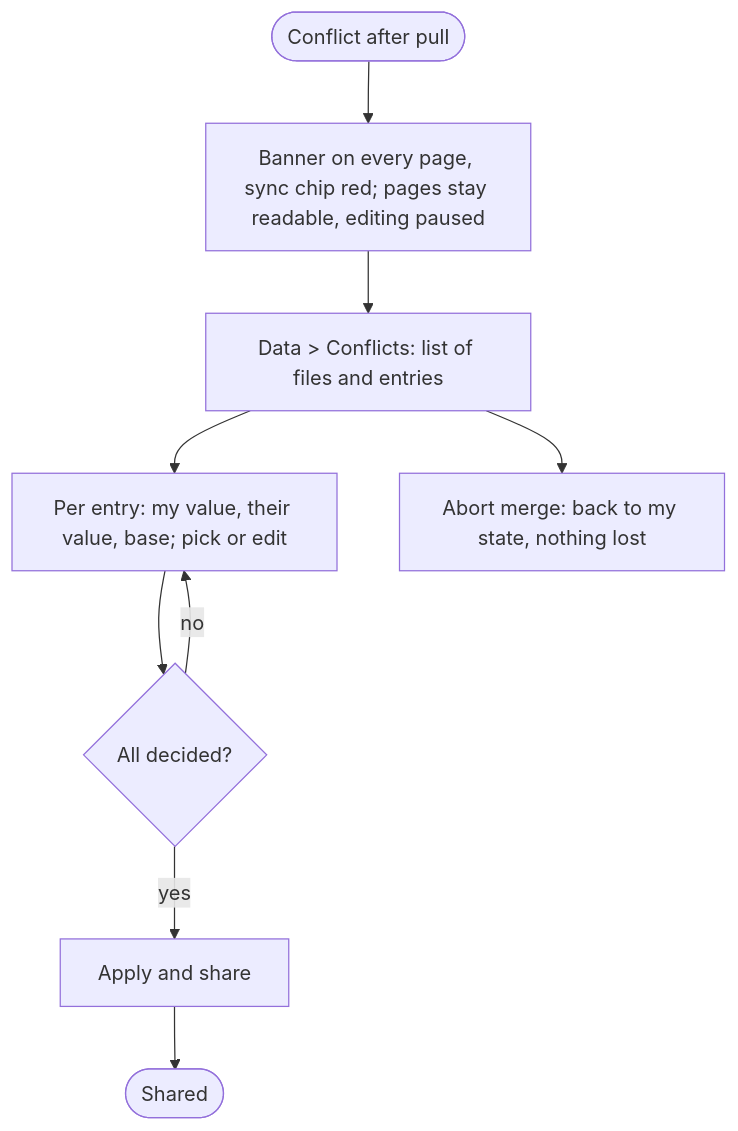
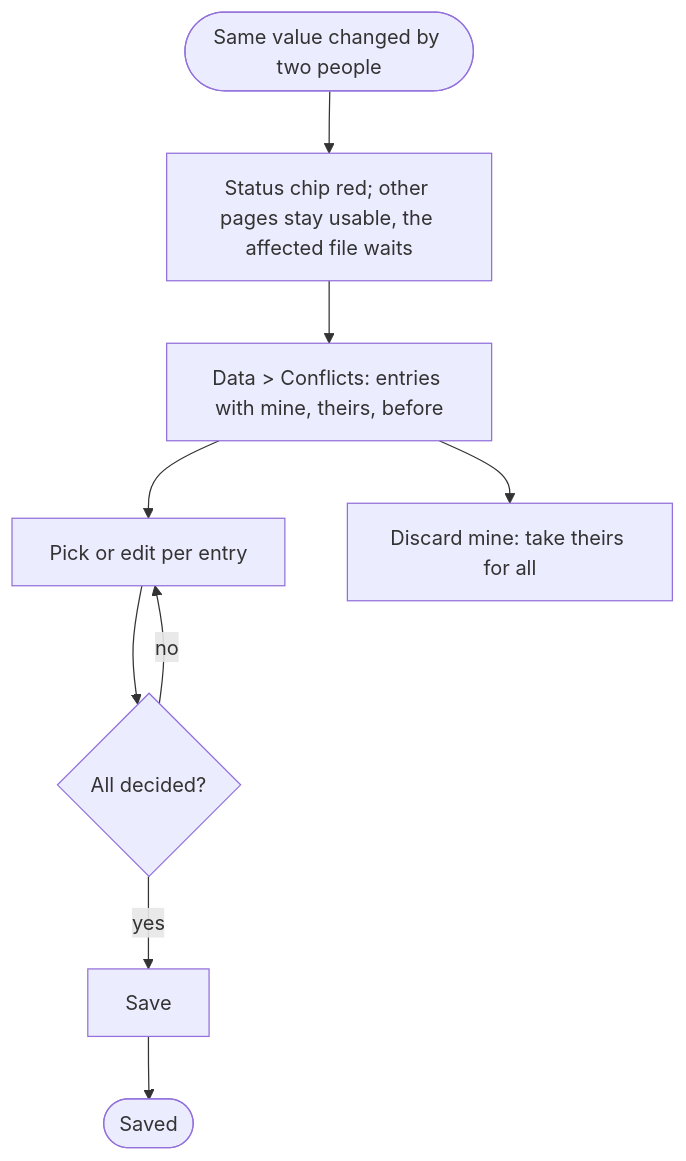
Diagram 11 of 15 in docs/redesign/flows.md (swallat/foresprint), drawn with Mermaid before and after one commit. The commit also changed other lines of this file and 1 other file, not shown here.

First line of the commit message:
Make data flows storage-neutral (shared folder or Git) and define the storage interface

````diff
--- a/docs/redesign/flows.md
+++ b/docs/redesign/flows.md
@@ -310,10 +309,10 @@
 ```mermaid
 flowchart TD
-  K([Conflict after pull]) --> B[Banner on every page, sync chip red; pages stay readable, editing paused]
-  B --> C[Data > Conflicts: list of files and entries]
-  C --> E[Per entry: my value, their value, base; pick or edit]
+  K([Same value changed by two people]) --> B[Status chip red; other pages stay usable, the affected file waits]
+  B --> C[Data > Conflicts: entries with mine, theirs, before]
+  C --> E[Pick or edit per entry]
   E --> A{All decided?}
   A -- no --> E
-  A -- yes --> AP[Apply and share] --> D([Shared])
-  C --> AB[Abort merge: back to my state, nothing lost]
+  A -- yes --> AP[Save] --> D([Saved])
+  C --> AB[Discard mine: take theirs for all]
 ```
````
